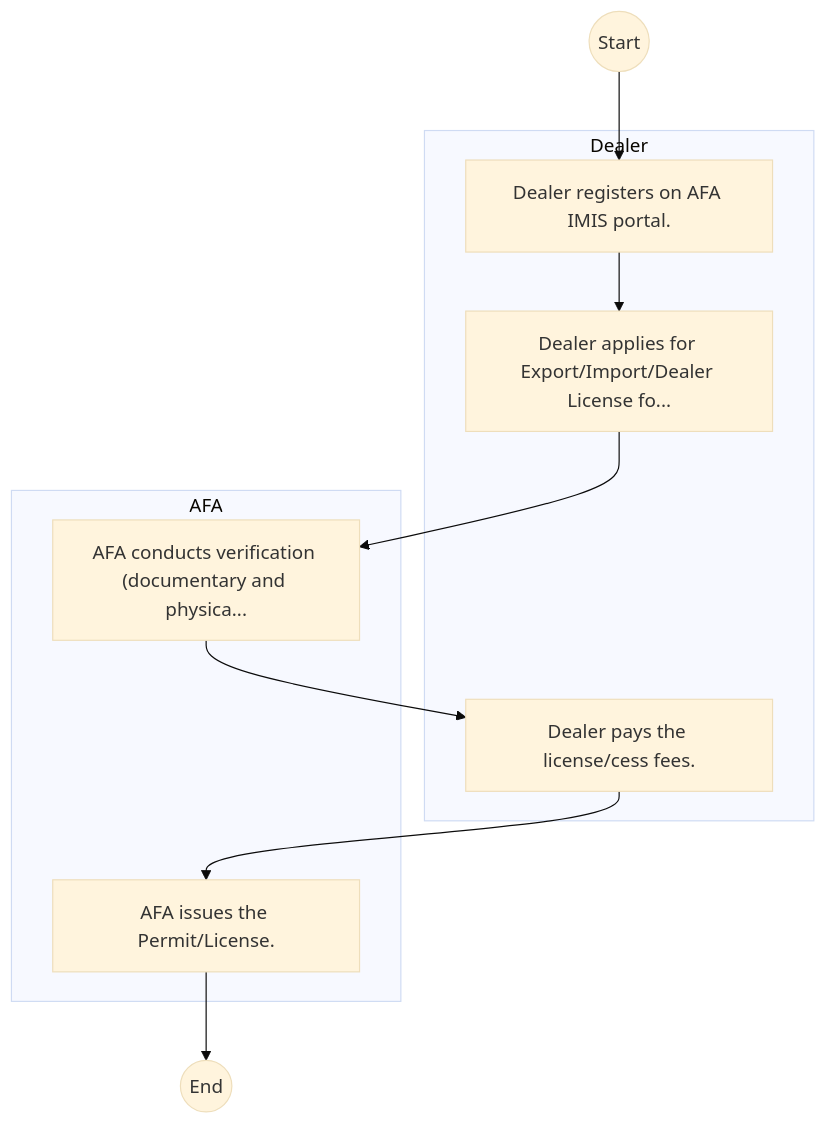
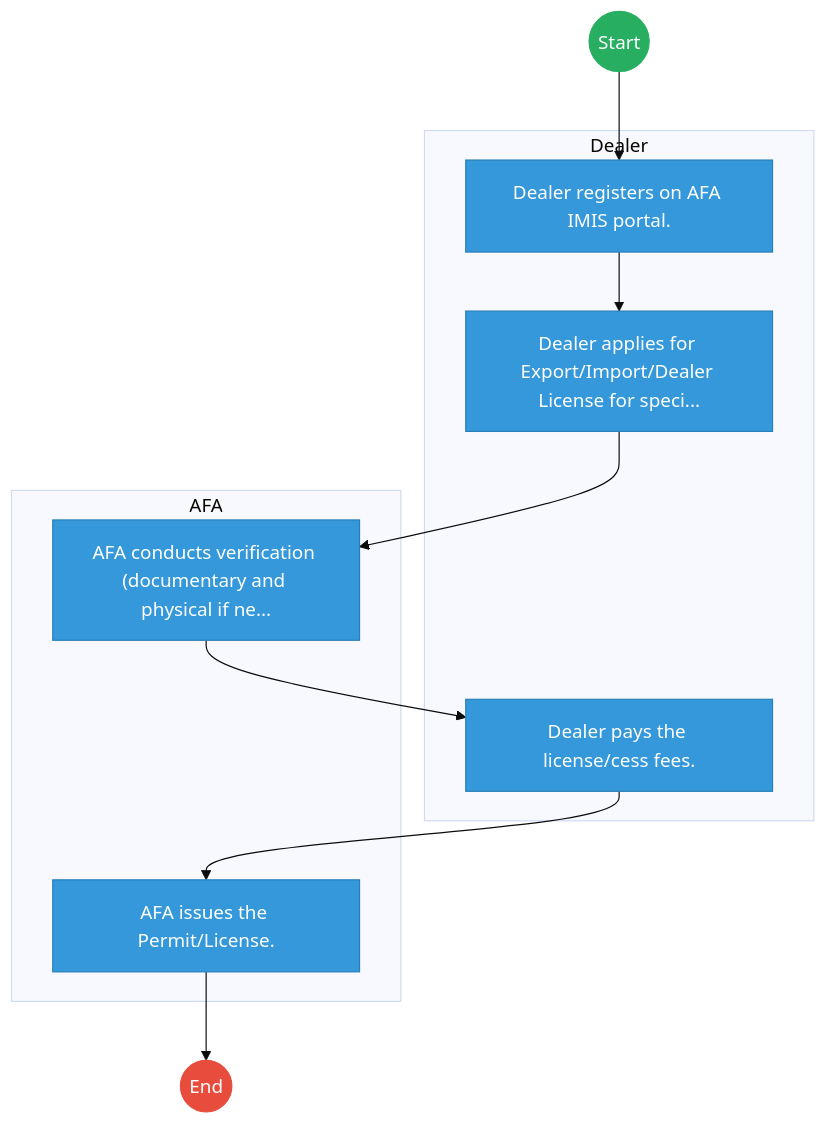
One commit to BITZ-IT-Consulting-LTD/ictapoc changed the first of 2 diagrams in mdas/docs_final/Agriculture_and_Food_Authority___Service_Delivery.md. Above: the diagram before and after it, drawn with Mermaid (base theme). The commit also changed other lines of this file and 461 other files, not shown here.

````diff
--- a/mdas/docs_final/Agriculture_and_Food_Authority___Service_Delivery.md
+++ b/mdas/docs_final/Agriculture_and_Food_Authority___Service_Delivery.md
@@ -20,18 +20,29 @@
 ```mermaid
 graph TD
     Start((Start)) --> S1
+
     subgraph Dealer [Dealer]
         S1["Dealer registers on AFA IMIS portal."]
-        S2["Dealer applies for Export/Import/Dealer License fo..."]
+        S2["Dealer applies for Export/Import/Dealer License for speci..."]
         S4["Dealer pays the license/cess fees."]
     end
+
     subgraph AFA [AFA]
-        S3["AFA conducts verification (documentary and physica..."]
+        S3["AFA conducts verification (documentary and physical if ne..."]
         S5["AFA issues the Permit/License."]
     end
     S1 --> S2
     S2 --> S3
     S3 --> S4
     S4 --> S5
     S5 --> End((End))
+
+    classDef start fill:#27ae60,stroke:#27ae60,color:#fff;
+    classDef endNode fill:#e74c3c,stroke:#e74c3c,color:#fff;
+    classDef userTask fill:#3498db,stroke:#2980b9,color:#fff;
+    classDef serviceTask fill:#9b59b6,stroke:#8e44ad,color:#fff;
+
+    class Start start;
+    class End endNode;
+    class S1,S2,S3,S4,S5 userTask;
 ```
````
